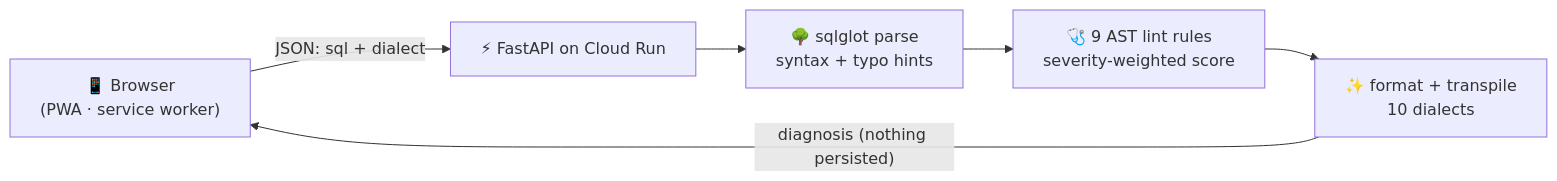
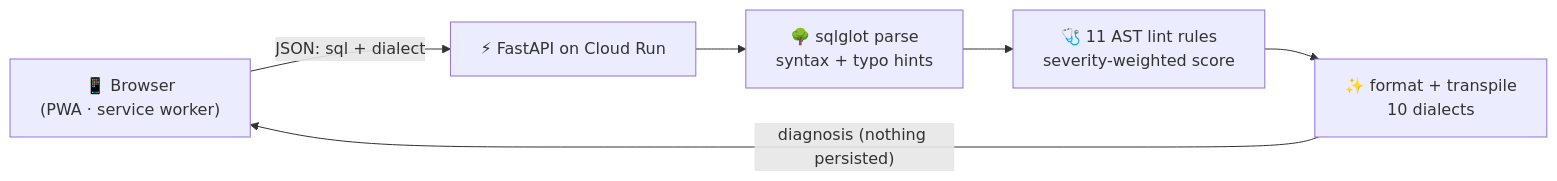
One commit to ARAVINDHRAJA123/querydoctor changed the diagram in README.md. Above: the diagram before and after it, drawn with Mermaid. The commit also changed other lines of this file and 2 other files, not shown here.

Commit message:
Add HAVING/GROUP BY lint rules, rewrite README

````diff
--- a/README.md
+++ b/README.md
@@ -43,8 +101,8 @@
 ```mermaid
 flowchart LR
     A["📱 Browser<br/>(PWA · service worker)"] -- "JSON: sql + dialect" --> B["⚡ FastAPI on Cloud Run"]
     B --> C["🌳 sqlglot parse<br/>syntax + typo hints"]
-    C --> D["🩺 9 AST lint rules<br/>severity-weighted score"]
+    C --> D["🩺 11 AST lint rules<br/>severity-weighted score"]
     D --> E["✨ format + transpile<br/>10 dialects"]
     E -- "diagnosis (nothing persisted)" --> A
 ```
````
